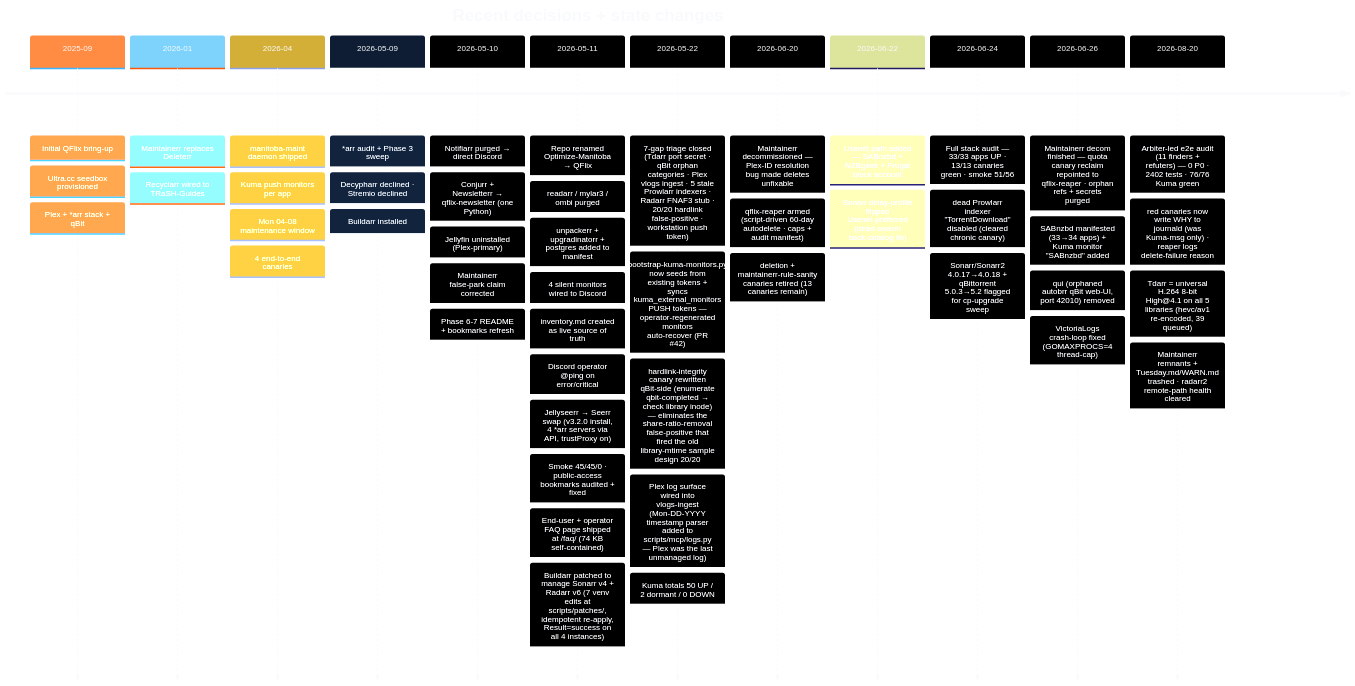
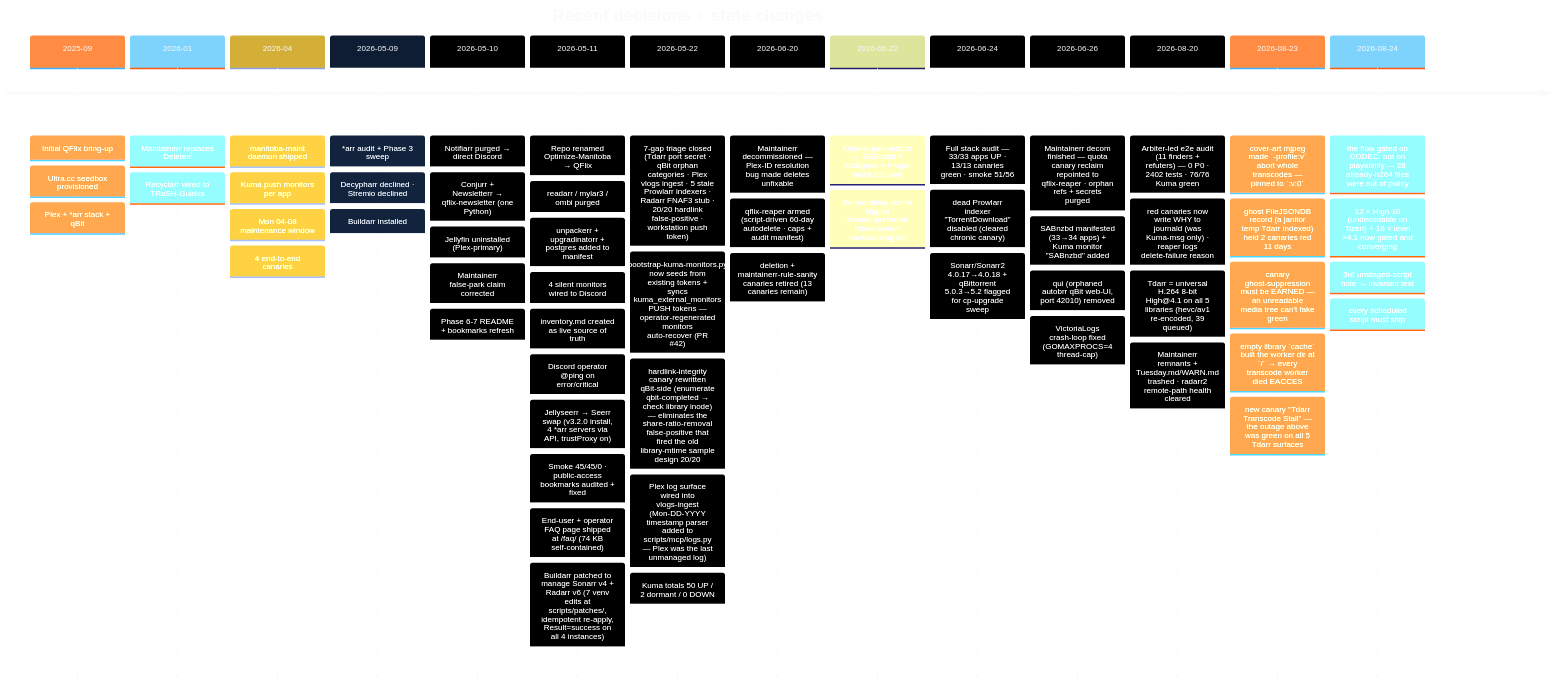
The sixth of 6 diagrams in README.md (Quadstronaut/QFlix), drawn with Mermaid before and after one commit. The commit also changed 2 other files, not shown here.

````diff
--- a/README.md
+++ b/README.md
@@ -245,53 +245,61 @@
 ```mermaid
 %%{init: {'theme':'base','themeVariables':{'primaryColor':'#0e1d33','primaryTextColor':'#f8fafc','primaryBorderColor':'#ff8c42','lineColor':'#7dd3fc','secondaryColor':'#05101f','tertiaryColor':'#0a1628','cScale0':'#ff8c42','cScale1':'#7dd3fc','cScale2':'#d4af37','cScale3':'#0e1d33','fontFamily':'Segoe UI, Roboto, sans-serif'}}}%%
 timeline
   title Recent decisions + state changes
   2025-09 : Initial QFlix bring-up
           : Ultra.cc seedbox provisioned
           : Plex + *arr stack + qBit
   2026-01 : Maintainerr replaces Deleterr
           : Recyclarr wired to TRaSH-Guides
   2026-04 : manitoba-maint daemon shipped
           : Kuma push monitors per app
           : Mon 04-08 maintenance window
           : 4 end-to-end canaries
   2026-05-09 : *arr audit + Phase 3 sweep
             : Decypharr declined · Stremio declined
             : Buildarr installed
   2026-05-10 : Notifiarr purged → direct Discord
             : Conjurr + Newsletterr → qflix-newsletter (one Python)
             : Jellyfin uninstalled (Plex-primary)
             : Maintainerr false-park claim corrected
             : Phase 6-7 README + bookmarks refresh
   2026-05-11 : Repo renamed Optimize-Manitoba → QFlix
             : readarr / mylar3 / ombi purged
             : unpackerr + upgradinatorr + postgres added to manifest
             : 4 silent monitors wired to Discord
             : inventory.md created as live source of truth
             : Discord operator @ping on error/critical
             : Jellyseerr → Seerr swap (v3.2.0 install, 4 *arr servers via API, trustProxy on)
             : Smoke 45/45/0 · public-access bookmarks audited + fixed
             : End-user + operator FAQ page shipped at /faq/ (74 KB self-contained)
             : Buildarr patched to manage Sonarr v4 + Radarr v6 (7 venv edits at scripts/patches/, idempotent re-apply, Result=success on all 4 instances)
   2026-05-22 : 7-gap triage closed (Tdarr port secret · qBit orphan categories · Plex vlogs ingest · 5 stale Prowlarr indexers · Radarr FNAF3 stub · 20/20 hardlink false-positive · workstation push token)
             : bootstrap-kuma-monitors.py now seeds from existing tokens + syncs kuma_external_monitors PUSH tokens — operator-regenerated monitors auto-recover (PR #42)
             : hardlink-integrity canary rewritten qBit-side (enumerate qbit-completed → check library inode) — eliminates the share-ratio-removal false-positive that fired the old library-mtime sample design 20/20
             : Plex log surface wired into vlogs-ingest (Mon-DD-YYYY timestamp parser added to scripts/mcp/logs.py — Plex was the last unmanaged log)
             : Kuma totals 50 UP / 2 dormant / 0 DOWN
   2026-06-20 : Maintainerr decommissioned — Plex-ID resolution bug made deletes unfixable
             : qflix-reaper armed (script-driven 60-day autodelete · caps + audit manifest)
             : deletion + maintainerr-rule-sanity canaries retired (13 canaries remain)
   2026-06-22 : Usenet path added — SABnzbd + NZBgeek + Frugal block account
             : Sonarr delay-profile flipped Usenet-preferred (dead-swarm back-catalog fix)
   2026-06-24 : Full stack audit — 33/33 apps UP · 13/13 canaries green · smoke 51/56
             : dead Prowlarr indexer "TorrentDownload" disabled (cleared chronic canary)
             : Sonarr/Sonarr2 4.0.17→4.0.18 + qBittorrent 5.0.3→5.2 flagged for cp-upgrade sweep
   2026-06-26 : Maintainerr decom finished — quota canary reclaim repointed to qflix-reaper · orphan refs + secrets purged
             : SABnzbd manifested (33→34 apps) + Kuma monitor "SABnzbd" added
             : qui (orphaned autobrr qBit web-UI, port 42010) removed
             : VictoriaLogs crash-loop fixed (GOMAXPROCS=4 thread-cap)
   2026-08-20 : Arbiter-led e2e audit (11 finders + refuters) — 0 P0 · 2402 tests · 76/76 Kuma green
             : red canaries now write WHY to journald (was Kuma-msg only) · reaper logs delete-failure reason
             : Tdarr = universal H.264 8-bit High@4.1 on all 5 libraries (hevc/av1 re-encoded, 39 queued)
             : Maintainerr remnants + Tuesday.md/WARN.md trashed · radarr2 remote-path health cleared
+  2026-08-23 : cover-art mjpeg made `-profile:v` abort whole transcodes — pinned to `:v:0`
+            : ghost FileJSONDB record (a janitor temp Tdarr indexed) held 2 canaries red 11 days
+            : canary ghost-suppression must be EARNED — an unreadable media tree can't fake green
+            : empty library `cache` built the worker dir at `/` → every transcode worker died EACCES
+            : new canary "Tdarr Transcode Stall" — the outage above was green on all 5 Tdarr surfaces
+  2026-08-24 : the flow gated on CODEC, not on playability — 28 already-h264 files were out of policy
+            : 12 × High 10 (undecodable on Tizen) + 16 × level >4.1 now gated and converging
+            : 3rd unstaged-script hole → invariant test: every scheduled script must ship
 ```
````
